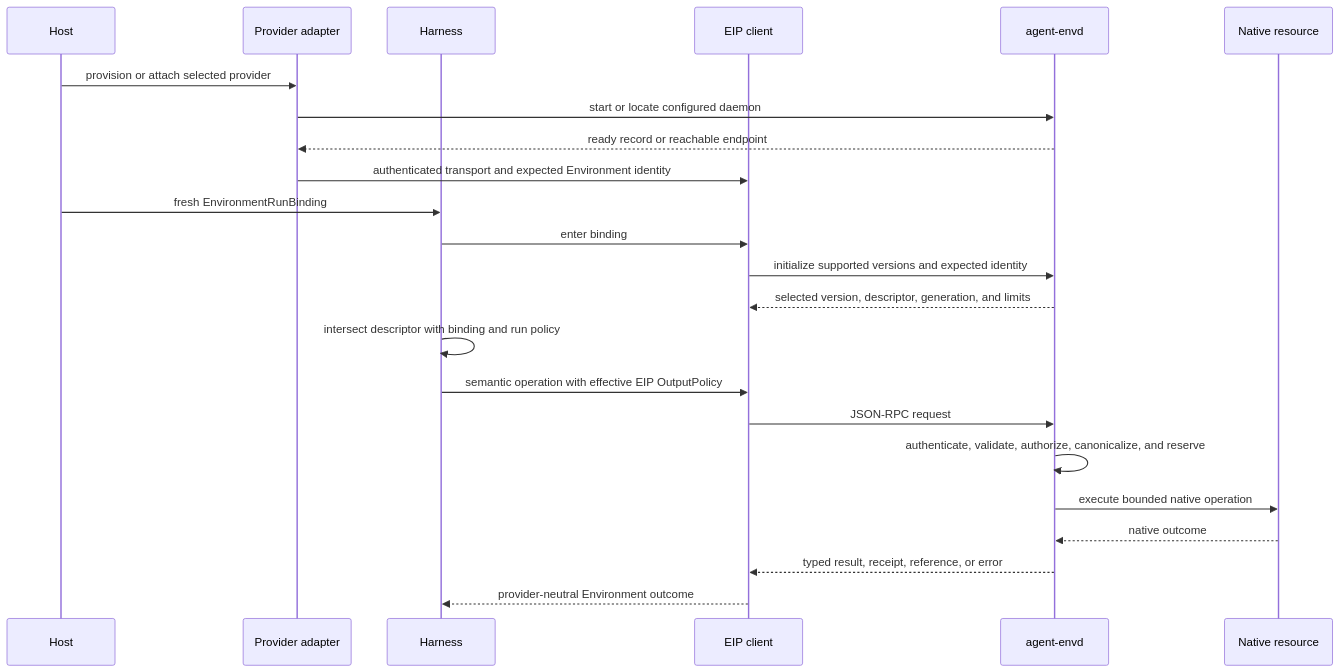
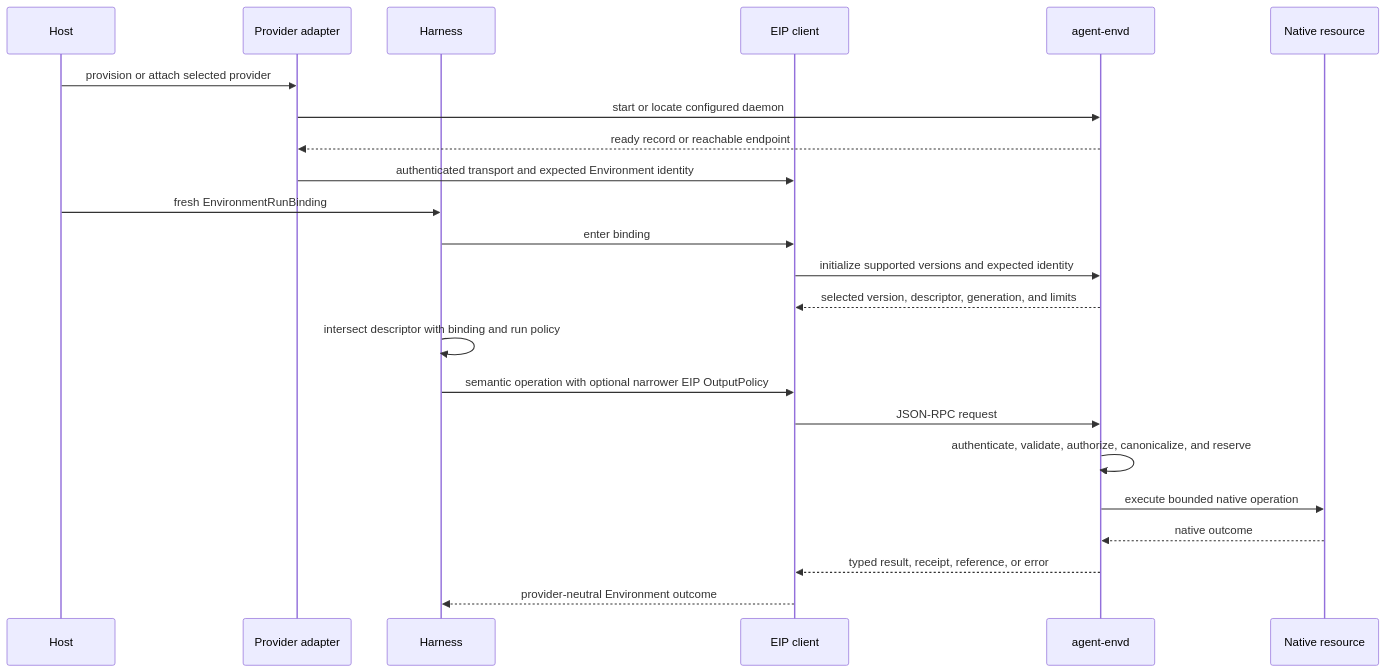
The second of 2 diagrams in spec/agent-envd/00-overview.md (LTThreeComma/agent-foundation), drawn with Mermaid before and after one commit. The commit also changed other lines of this file and 41 other files, not shown here.

````diff
--- a/spec/agent-envd/00-overview.md
+++ b/spec/agent-envd/00-overview.md
@@ -125,26 +125,26 @@
 ```mermaid
 sequenceDiagram
     participant Host
     participant Adapter as Provider adapter
     participant Harness
     participant Client as EIP client
     participant Envd as agent-envd
     participant Native as Native resource
 
     Host->>Adapter: provision or attach selected provider
     Adapter->>Envd: start or locate configured daemon
     Envd-->>Adapter: ready record or reachable endpoint
     Adapter->>Client: authenticated transport and expected Environment identity
     Host->>Harness: fresh EnvironmentRunBinding
     Harness->>Client: enter binding
     Client->>Envd: initialize supported versions and expected identity
     Envd-->>Client: selected version, descriptor, generation, and limits
     Harness->>Harness: intersect descriptor with binding and run policy
-    Harness->>Client: semantic operation with effective EIP OutputPolicy
+    Harness->>Client: semantic operation with optional narrower EIP OutputPolicy
     Client->>Envd: JSON-RPC request
     Envd->>Envd: authenticate, validate, authorize, canonicalize, and reserve
     Envd->>Native: execute bounded native operation
     Native-->>Envd: native outcome
     Envd-->>Client: typed result, receipt, reference, or error
     Client-->>Harness: provider-neutral Environment outcome
 ```
````
